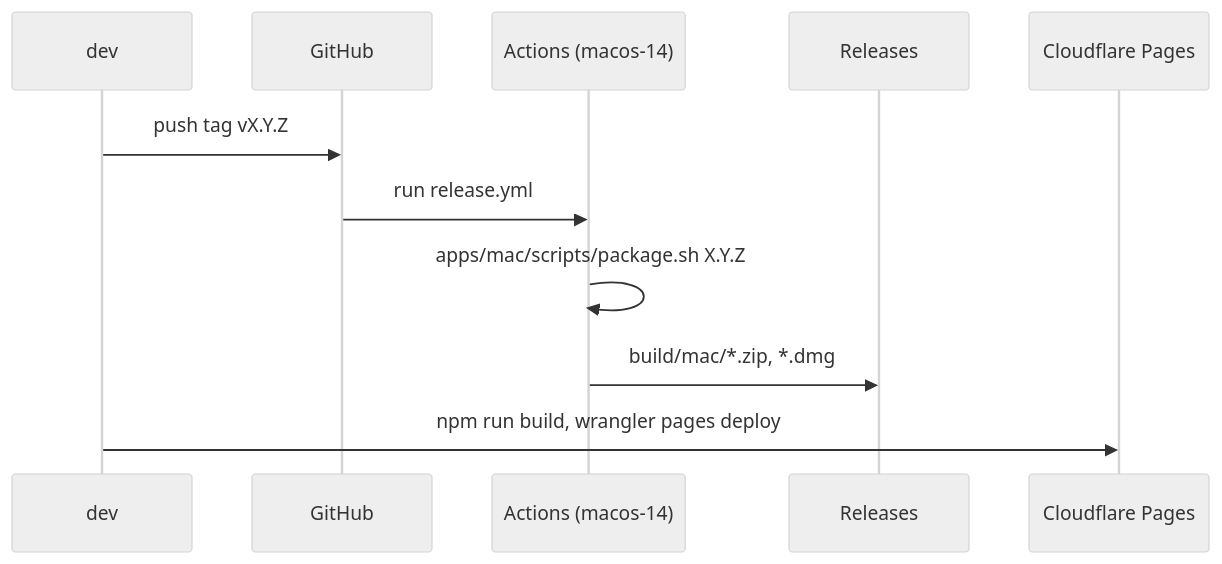
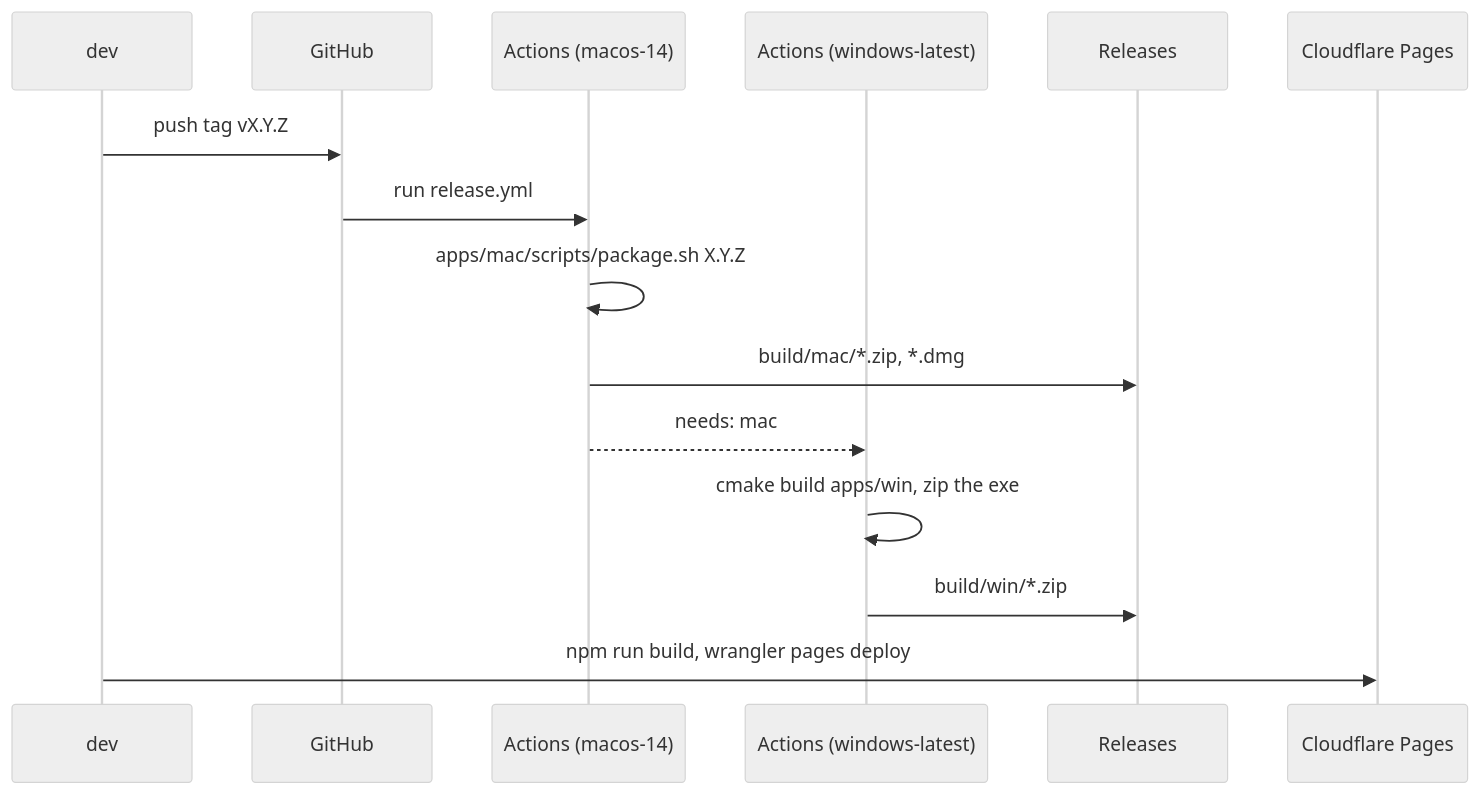
The second of 2 diagrams in docs/architecture/overview.md (XiaoXianThis/Origami), drawn with Mermaid (neutral theme) before and after one commit. The commit also changed other lines of this file and 16 other files, not shown here.

````diff
--- a/docs/architecture/overview.md
+++ b/docs/architecture/overview.md
@@ -93,13 +95,17 @@
 ```mermaid
 sequenceDiagram
   participant dev
   participant gh as GitHub
-  participant ci as Actions (macos-14)
+  participant mac as Actions (macos-14)
+  participant win as Actions (windows-latest)
   participant rel as Releases
   participant cf as Cloudflare Pages
   dev->>gh: push tag vX.Y.Z
-  gh->>ci: run release.yml
-  ci->>ci: apps/mac/scripts/package.sh X.Y.Z
-  ci->>rel: build/mac/*.zip, *.dmg
+  gh->>mac: run release.yml
+  mac->>mac: apps/mac/scripts/package.sh X.Y.Z
+  mac->>rel: build/mac/*.zip, *.dmg
+  mac-->>win: needs: mac
+  win->>win: cmake build apps/win, zip the exe
+  win->>rel: build/win/*.zip
   dev->>cf: npm run build, wrangler pages deploy
 ```
````
